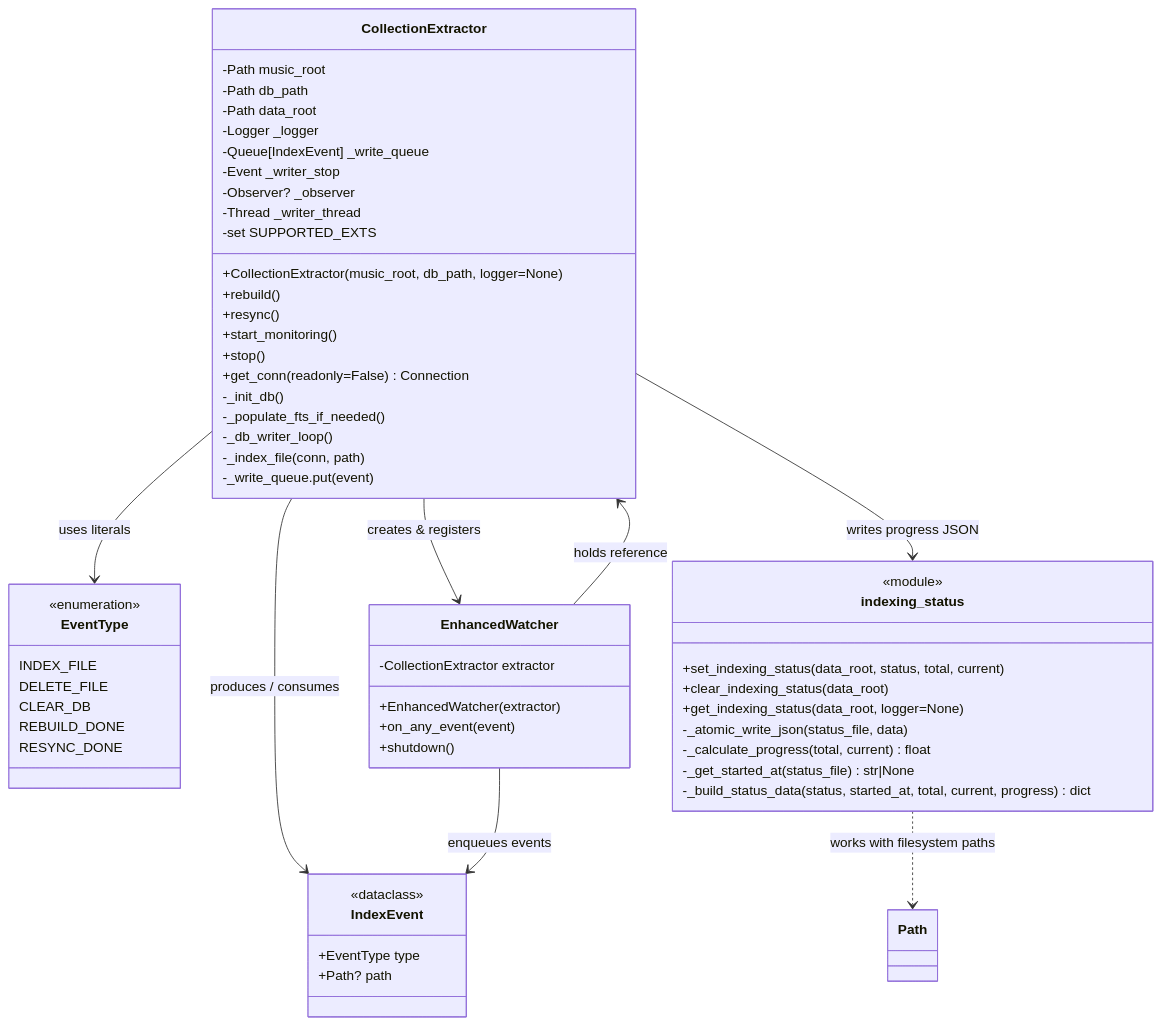
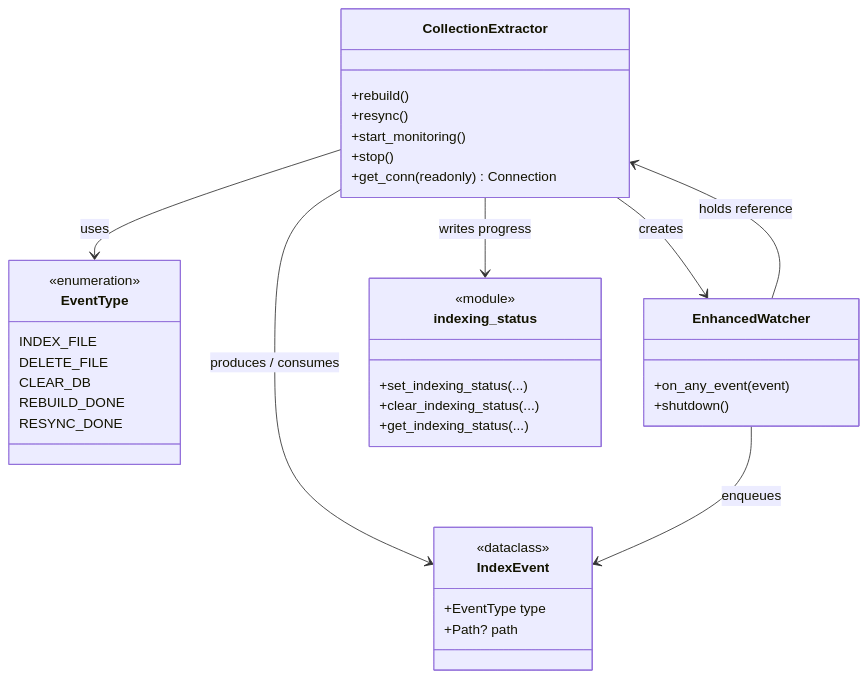
One commit to mark-me/mixtape-society changed the first of 2 diagrams in docs/development/music-collection/overview.md. Above: the diagram before and after it, drawn with Mermaid. The commit also changed 19 other files, not shown here.

First line of the commit message:
Simplify unreadable diagrams and correct small errors in the docs

````diff
--- a/docs/development/music-collection/overview.md
+++ b/docs/development/music-collection/overview.md
@@ -14,71 +14,44 @@
 ```mermaid
 classDiagram
-    %% ==== Core data types ====
     class IndexEvent {
         <<dataclass>>
         +EventType type
         +Path? path
     }
 
     class EventType {
         <<enumeration>>
         INDEX_FILE
         DELETE_FILE
         CLEAR_DB
         REBUILD_DONE
         RESYNC_DONE
     }
 
-    %% ==== CollectionExtractor (main engine) ====
     class CollectionExtractor {
-        -Path music_root
-        -Path db_path
-        -Path data_root
-        -Logger _logger
-        -Queue[IndexEvent] _write_queue
-        -Event _writer_stop
-        -Observer? _observer
-        -Thread _writer_thread
-        -set SUPPORTED_EXTS
-        +CollectionExtractor(music_root, db_path, logger=None)
         +rebuild()
         +resync()
         +start_monitoring()
         +stop()
-        +get_conn(readonly=False) Connection
-        -_init_db()
-        -_populate_fts_if_needed()
-        -_db_writer_loop()
-        -_index_file(conn, path)
-        -_write_queue.put(event)
+        +get_conn(readonly) Connection
     }
 
-    %% ==== EnhancedWatcher (filesystem event handler) ====
     class EnhancedWatcher {
-        -CollectionExtractor extractor
-        +EnhancedWatcher(extractor)
         +on_any_event(event)
         +shutdown()
     }
 
-    %% ==== Indexing status helpers (module-level functions) ====
     class indexing_status {
         <<module>>
-        +set_indexing_status(data_root, status, total, current)
-        +clear_indexing_status(data_root)
-        +get_indexing_status(data_root, logger=None)
-        -_atomic_write_json(status_file, data)
-        -_calculate_progress(total, current) float
-        -_get_started_at(status_file) str|None
-        -_build_status_data(status, started_at, total, current, progress) dict
+        +set_indexing_status(...)
+        +clear_indexing_status(...)
+        +get_indexing_status(...)
     }
 
-    %% ==== Relationships ====
     CollectionExtractor --> IndexEvent : produces / consumes
-    CollectionExtractor --> EventType : uses literals
-    CollectionExtractor --> EnhancedWatcher : creates & registers
-    CollectionExtractor --> indexing_status : writes progress JSON
-    EnhancedWatcher --> IndexEvent : enqueues events
+    CollectionExtractor --> EventType : uses
+    CollectionExtractor --> EnhancedWatcher : creates
+    CollectionExtractor --> indexing_status : writes progress
+    EnhancedWatcher --> IndexEvent : enqueues
     EnhancedWatcher --> CollectionExtractor : holds reference
-    indexing_status ..> Path : works with filesystem paths
 ```
````
